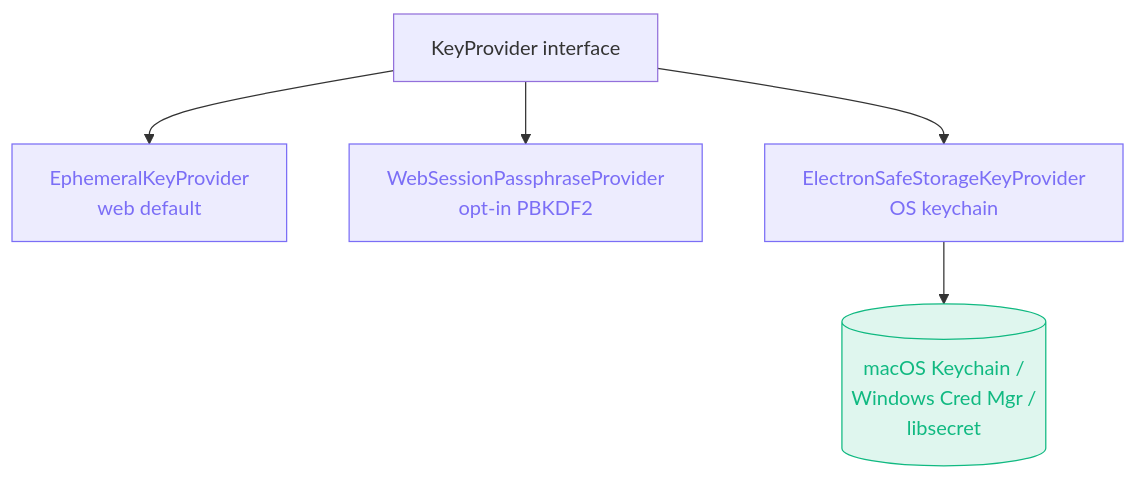
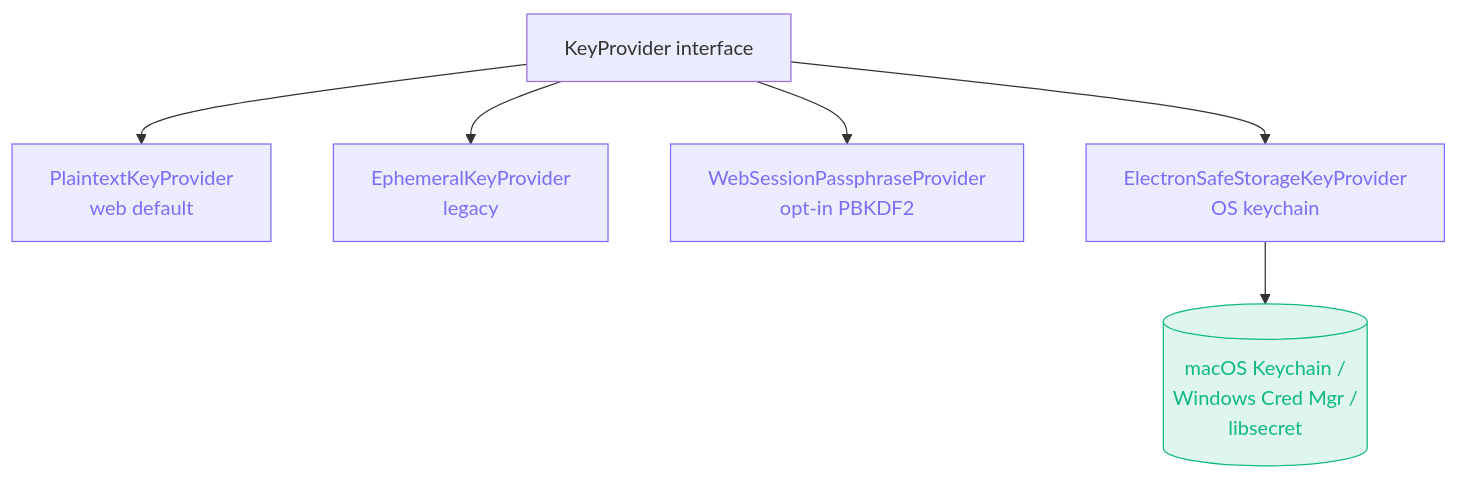
The diagram in docs-site/src/content/docs/architecture/adrs/0004-security-hardening.mdx (dipjyotimetia/restura), drawn with Mermaid before and after one commit. The commit also changed other lines of this file and 42 other files, not shown here.

````diff
--- a/docs-site/src/content/docs/architecture/adrs/0004-security-hardening.mdx
+++ b/docs-site/src/content/docs/architecture/adrs/0004-security-hardening.mdx
@@ -25,13 +25,14 @@
 ```mermaid
 flowchart TB
   K[KeyProvider interface]
-  K --> E[EphemeralKeyProvider<br/>web default]
+  K --> W[PlaintextKeyProvider<br/>web default]
+  K --> E[EphemeralKeyProvider<br/>legacy]
   K --> P[WebSessionPassphraseProvider<br/>opt-in PBKDF2]
   K --> S[ElectronSafeStorageKeyProvider<br/>OS keychain]
   S --> KC[(macOS Keychain /<br/>Windows Cred Mgr /<br/>libsecret)]
 
   classDef provider fill:#7b6ef622,stroke:#7b6ef6,color:#7b6ef6;
   classDef kc fill:#10b98122,stroke:#10b981,color:#10b981;
-  class E,P,S provider;
+  class W,E,P,S provider;
   class KC kc;
 ```
````
